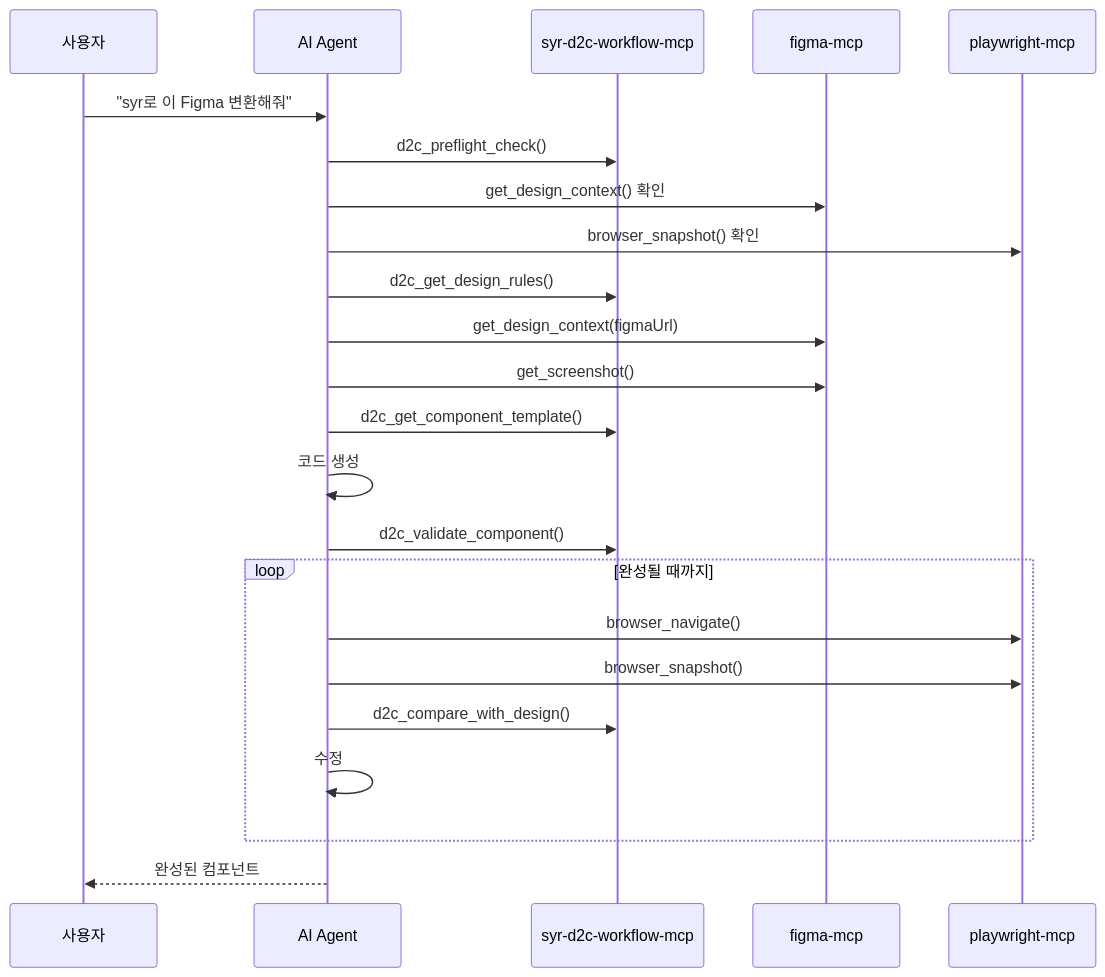
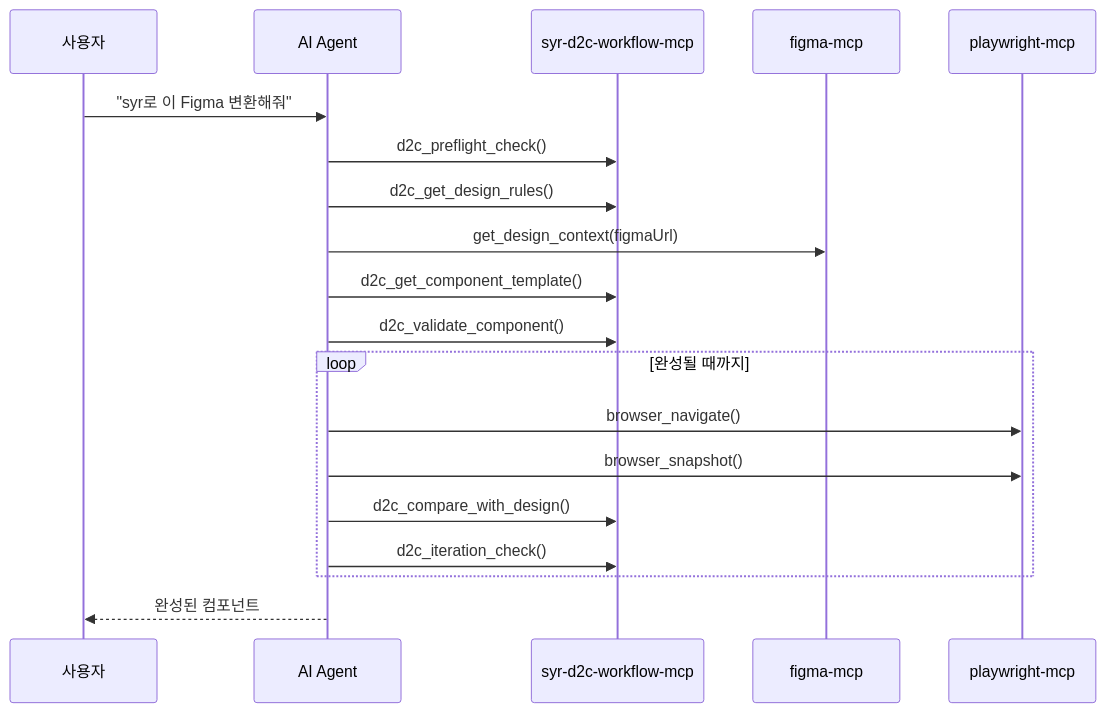
One commit to Mike-kor/syr-d2c-workflow-mcp changed the third of 3 diagrams in README.md. Above: the diagram before and after it, drawn with Mermaid. The commit also changed other lines of this file, not shown here.

Commit message:
docs: README에 3단계 Phase 워크플로우 다이어그램 추가

````diff
--- a/README.md
+++ b/README.md
@@ -161,31 +355,26 @@
 ```mermaid
 sequenceDiagram
     participant User as 사용자
     participant AI as AI Agent
     participant D2C as syr-d2c-workflow-mcp
     participant Figma as figma-mcp
     participant PW as playwright-mcp
 
     User->>AI: "syr로 이 Figma 변환해줘"
     
     AI->>D2C: d2c_preflight_check()
-    AI->>Figma: get_design_context() 확인
-    AI->>PW: browser_snapshot() 확인
-    
     AI->>D2C: d2c_get_design_rules()
     AI->>Figma: get_design_context(figmaUrl)
-    AI->>Figma: get_screenshot()
     
     AI->>D2C: d2c_get_component_template()
-    AI->>AI: 코드 생성
     AI->>D2C: d2c_validate_component()
     
     loop 완성될 때까지
         AI->>PW: browser_navigate()
         AI->>PW: browser_snapshot()
         AI->>D2C: d2c_compare_with_design()
-        AI->>AI: 수정
+        AI->>D2C: d2c_iteration_check()
     end
     
     AI-->>User: 완성된 컴포넌트
 ```
````
